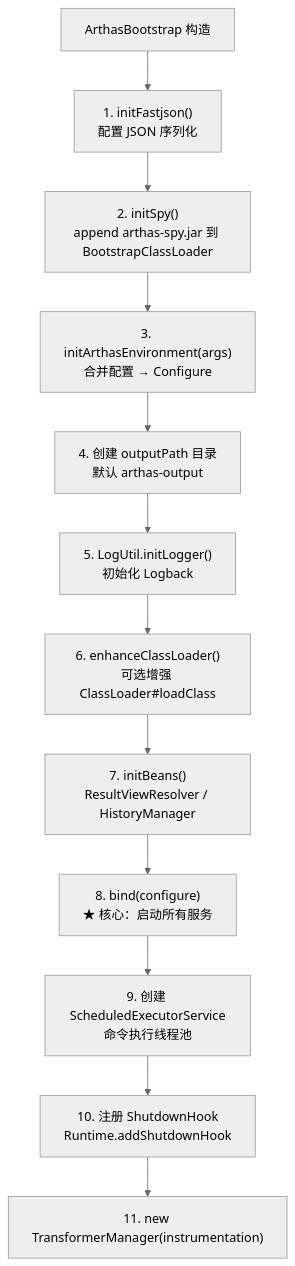
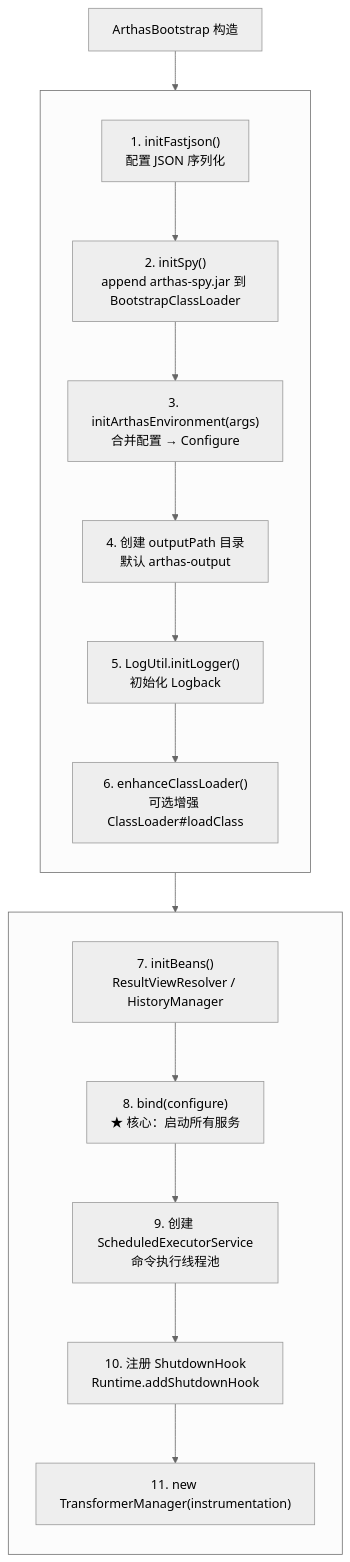
Before and after one commit to wenbin-usr/arthas: the fourth of 7 diagrams in Arthas 启动流程深度剖析.md, drawn with Mermaid (neutral theme). The commit also changed other lines of this file, not shown here.

````diff
--- a/Arthas 启动流程深度剖析.md
+++ b/Arthas 启动流程深度剖析.md
@@ -206,14 +206,28 @@
 ```mermaid
 flowchart TD
-    A["ArthasBootstrap 构造"] --> B["1. initFastjson()\n配置 JSON 序列化"]
-    B --> C["2. initSpy()\nappend arthas-spy.jar 到 BootstrapClassLoader"]
-    C --> D["3. initArthasEnvironment(args)\n合并配置 → Configure"]
-    D --> E["4. 创建 outputPath 目录\n默认 arthas-output"]
-    E --> F["5. LogUtil.initLogger()\n初始化 Logback"]
-    F --> G["6. enhanceClassLoader()\n可选增强 ClassLoader#loadClass"]
-    G --> H["7. initBeans()\nResultViewResolver / HistoryManager"]
-    H --> I["8. bind(configure)\n★ 核心：启动所有服务"]
-    I --> J["9. 创建 ScheduledExecutorService\n命令执行线程池"]
-    J --> K["10. 注册 ShutdownHook\nRuntime.addShutdownHook"]
-    K --> L["11. new TransformerManager(instrumentation)"]
+    A["ArthasBootstrap 构造"]
+
+    subgraph Col1[" "]
+        direction TB
+        B["1. initFastjson()<br/>配置 JSON 序列化"]
+        C["2. initSpy()<br/>append arthas-spy.jar 到 BootstrapClassLoader"]
+        D["3. initArthasEnvironment(args)<br/>合并配置 → Configure"]
+        E["4. 创建 outputPath 目录<br/>默认 arthas-output"]
+        F["5. LogUtil.initLogger()<br/>初始化 Logback"]
+        G["6. enhanceClassLoader()<br/>可选增强 ClassLoader#loadClass"]
+    end
+
+    subgraph Col2[" "]
+        direction TB
+        H["7. initBeans()<br/>ResultViewResolver / HistoryManager"]
+        I["8. bind(configure)<br/>★ 核心：启动所有服务"]
+        J["9. 创建 ScheduledExecutorService<br/>命令执行线程池"]
+        K["10. 注册 ShutdownHook<br/>Runtime.addShutdownHook"]
+        L["11. new TransformerManager(instrumentation)"]
+    end
+
+    A --> B
+    B --> C --> D --> E --> F --> G
+    G --> H
+    H --> I --> J --> K --> L
 ```
````
